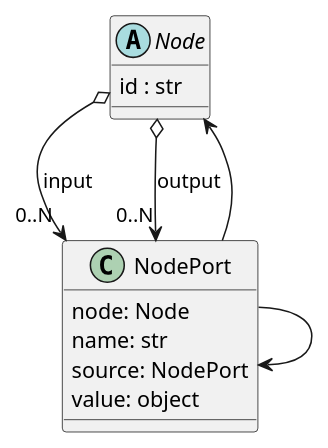
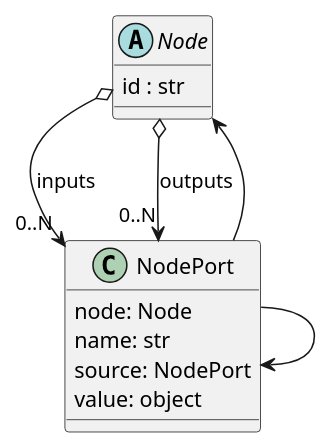
The diagram in doc/source/uml/workflow_node_port.puml (CCI-Tools/cate), drawn with PlantUML before and after one commit. The commit also changed 23 other files, not shown here.

Commit message:
renamed input --> inputs, output --> outputs

```diff
--- a/doc/source/uml/workflow_node_port.puml
+++ b/doc/source/uml/workflow_node_port.puml
@@ -1,21 +1,21 @@
 @startuml
 
 
 abstract class Node {
     id : str
 }
 
 class NodePort {
     node: Node
     name: str
     source: NodePort
     value: object
 }
 
-Node o--> "0..N" NodePort : input
-Node o--> "0..N" NodePort : output
+Node o--> "0..N" NodePort : inputs
+Node o--> "0..N" NodePort : outputs
 
 NodePort --> NodePort
 NodePort --> Node
 
 @enduml
```
